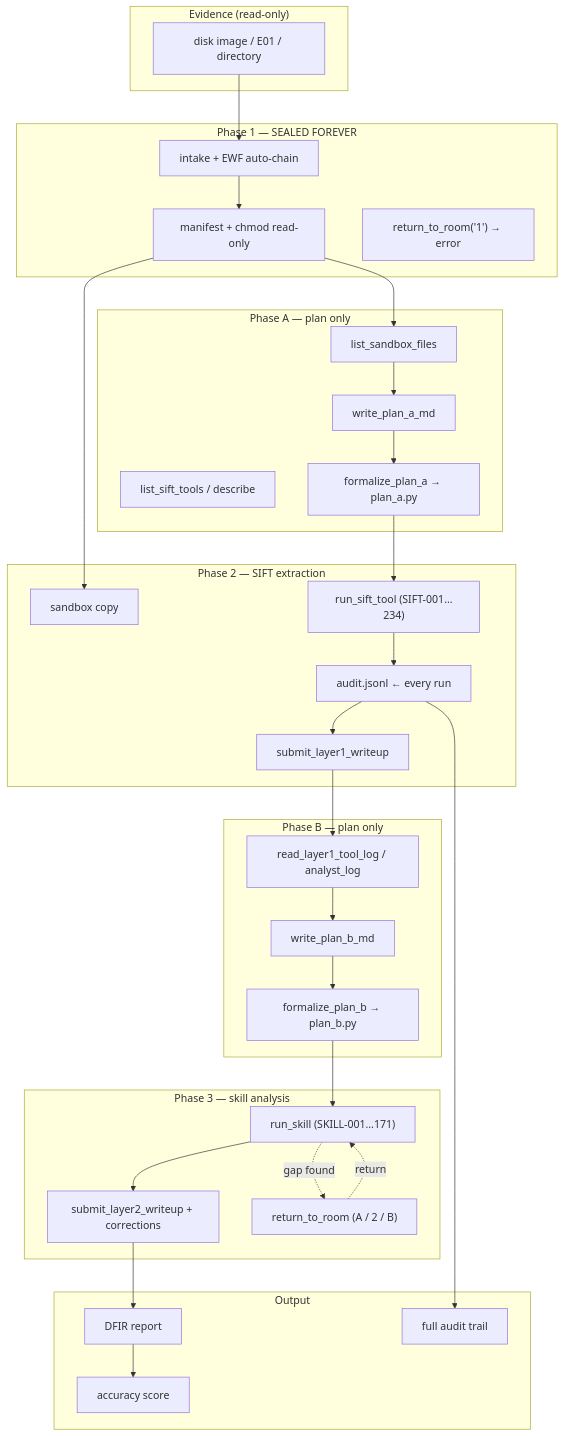
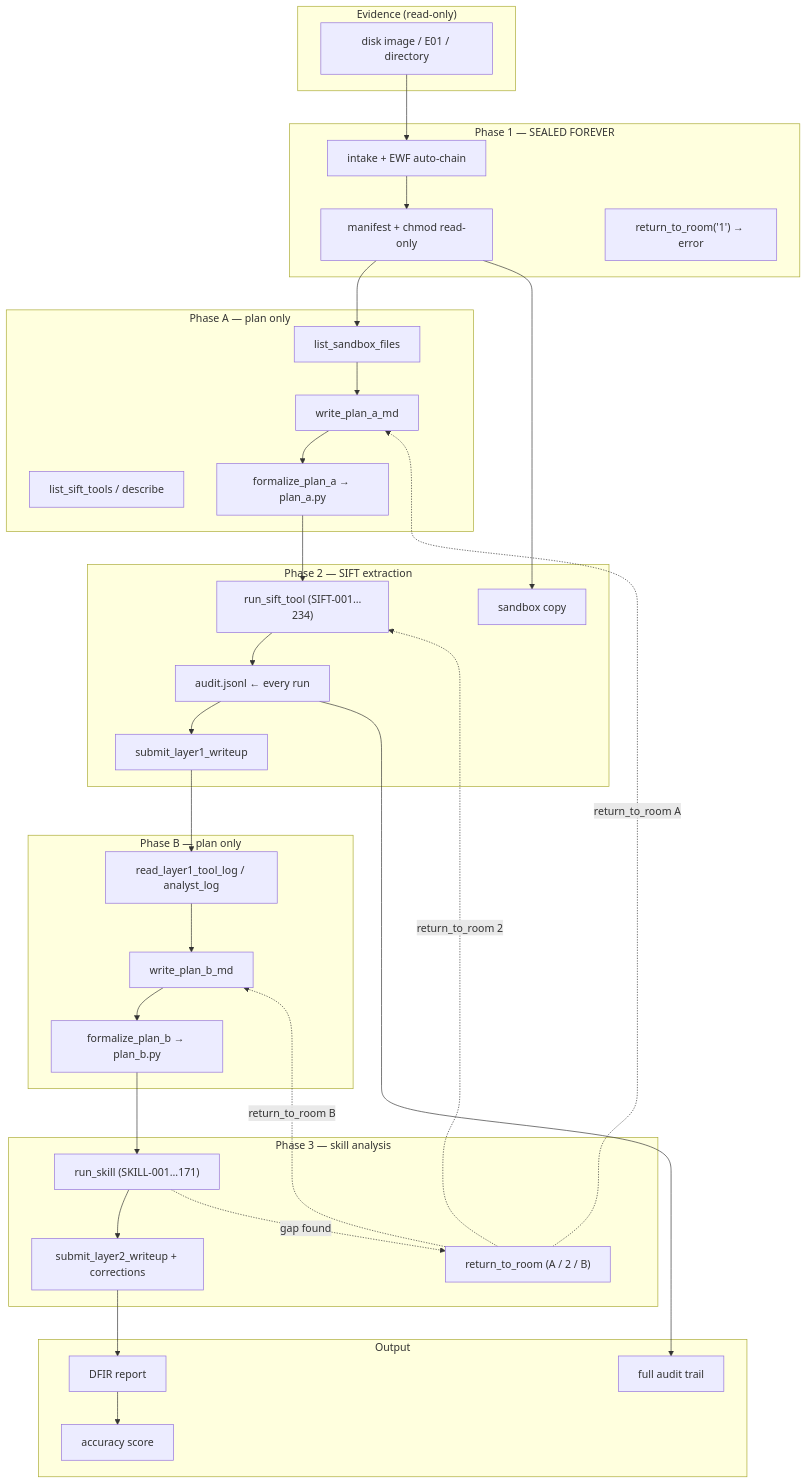
The diagram in README.md (at-src/cold-box), drawn with Mermaid before and after one commit.

Commit message:
Fix diagram: return_to_room shows all open phases as targets

````diff
--- a/README.md
+++ b/README.md
@@ -112,53 +112,56 @@
 ```mermaid
 flowchart TB
   subgraph evidence["Evidence (read-only)"]
     E01["disk image / E01 / directory"]
   end
 
   subgraph phase1["Phase 1 — SEALED FOREVER"]
     INT["intake + EWF auto-chain"]
     SEAL["manifest + chmod read-only"]
     LOCK["return_to_room('1') → error"]
   end
 
   subgraph phaseA["Phase A — plan only"]
     LSF["list_sandbox_files"]
     LST["list_sift_tools / describe"]
     WPA["write_plan_a_md"]
     FPA["formalize_plan_a → plan_a.py"]
   end
 
   subgraph phase2["Phase 2 — SIFT extraction"]
     SBX["sandbox copy"]
     RST["run_sift_tool (SIFT-001…234)"]
     AUD["audit.jsonl ← every run"]
     SL1["submit_layer1_writeup"]
   end
 
   subgraph phaseB["Phase B — plan only"]
     RL1["read_layer1_tool_log / analyst_log"]
     WPB["write_plan_b_md"]
     FPB["formalize_plan_b → plan_b.py"]
   end
 
   subgraph phase3["Phase 3 — skill analysis"]
     RSK["run_skill (SKILL-001…171)"]
     SL2["submit_layer2_writeup + corrections"]
     RTR["return_to_room (A / 2 / B)"]
   end
 
   subgraph out["Output"]
     REP["DFIR report"]
     ACC["accuracy score"]
     TRAIL["full audit trail"]
   end
 
   E01 --> INT --> SEAL --> LSF
   SEAL --> SBX
   LSF --> WPA --> FPA --> RST
   RST --> AUD --> SL1 --> RL1
   RL1 --> WPB --> FPB --> RSK
   RSK --> SL2 --> REP --> ACC
-  RSK -.->|gap found| RTR -.->|return| RSK
+  RSK -.->|gap found| RTR
+  RTR -.->|return_to_room A| WPA
+  RTR -.->|return_to_room 2| RST
+  RTR -.->|return_to_room B| WPB
   AUD --> TRAIL
 ```
````
